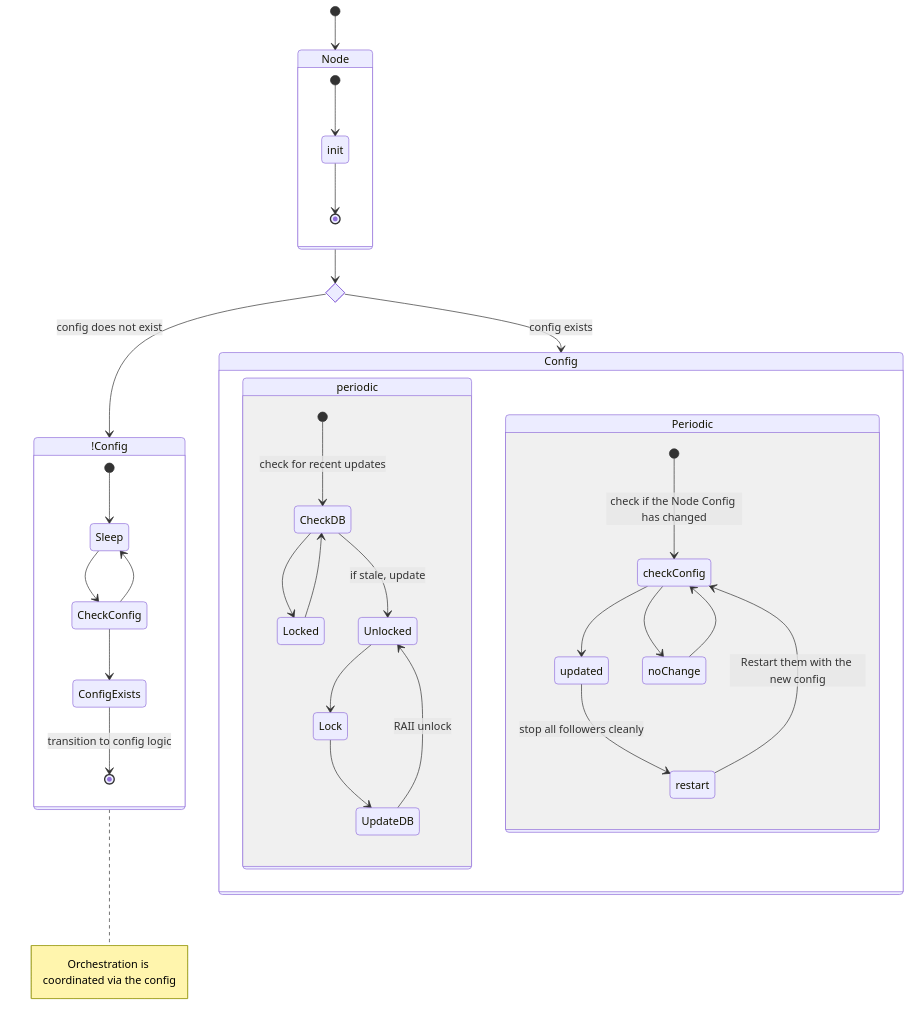
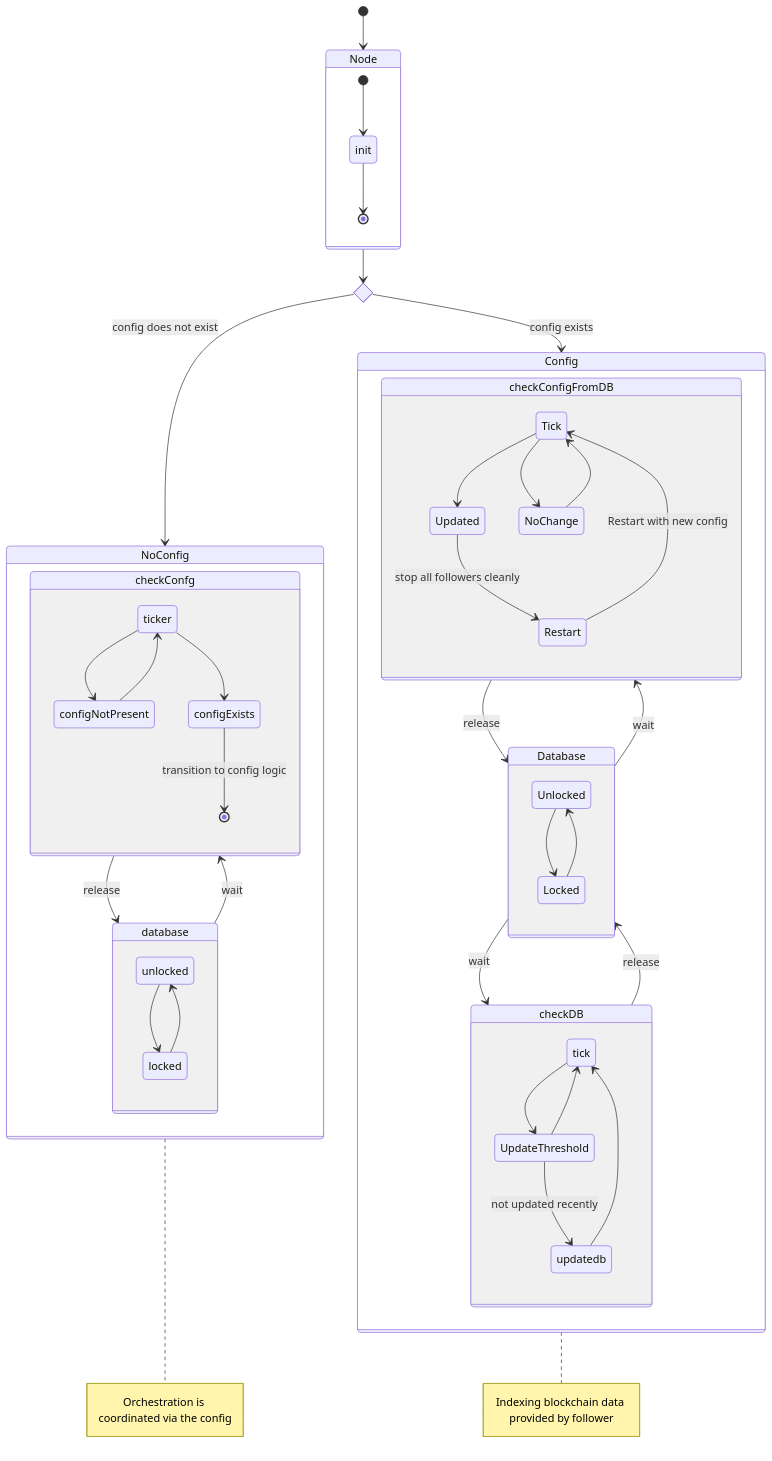
One commit to input-output-hk/catalyst-voices changed the diagram in docs/src/architecture/08_concepts/gateway/mechanics.md. Above: the diagram before and after it, drawn with Mermaid.

Commit message:
docs(skeleton for gateway follower): initial napkin sketches

````diff
--- a/docs/src/architecture/08_concepts/gateway/mechanics.md
+++ b/docs/src/architecture/08_concepts/gateway/mechanics.md
@@ -7,45 +7,64 @@
 ```mermaid
   stateDiagram-v2
     state if_state <<choice>>
     [*] --> Node
     Node -->if_state
-    if_state --> !Config: config does not exist
+    if_state --> NoConfig: config does not exist
     if_state --> Config : config exists
 
-    note right of !Config
+    note right of NoConfig
             Orchestration is coordinated via the config
+        end note
+    
+    note right of Config
+            Indexing blockchain data provided by follower
         end note
 
     state Node {
         [*] --> init
         init --> [*]
     }
     state Config {
-        State periodic{
-        [*] --> CheckDB: check for recent updates
-        CheckDB --> Locked
-        Locked --> CheckDB
-        CheckDB --> Unlocked: if stale, update
-        Unlocked --> Lock
-        Lock --> UpdateDB
-        UpdateDB --> Unlocked: RAII unlock
+        checkConfigFromDB-->Database: release
+        Database-->checkConfigFromDB: wait
+
+        checkDB-->Database: release
+        Database-->checkDB: wait
+
+        State checkConfigFromDB{
+            Tick --> Updated
+            Tick --> NoChange: 
+            Updated --> Restart: stop all followers cleanly
+            Restart --> Tick: Restart with new config
+            NoChange--> Tick
         }
+        State checkDB{
+            tick --> UpdateThreshold
+            UpdateThreshold --> tick
+            UpdateThreshold--> updatedb: not updated recently
+            updatedb --> tick
+        }
+        state Database{
+            Unlocked --> Locked
+            Locked--> Unlocked
+        }
+    }
+    state NoConfig {
+        checkConfg-->database: release
+        database--> checkConfg: wait   
 
-        State Periodic{
-        [*] --> checkConfig: check if the Node Config has changed
-        checkConfig --> updated
-        checkConfig --> noChange
-        noChange --> checkConfig
-        updated --> restart:  stop all followers cleanly
-        restart --> checkConfig: Restart them with the new config
-        
+        state checkConfg{
+            ticker--> configNotPresent
+            configNotPresent-->ticker
+            ticker-->configExists
+            configExists-->[*]: transition to config logic
         }  
+
+        state database{
+            unlocked --> locked
+            locked--> unlocked
+        }   
     }
-    state !Config {
-        [*] --> Sleep
-        Sleep --> CheckConfig
-        CheckConfig --> Sleep
-        CheckConfig --> ConfigExists
-        ConfigExists --> [*]: transition to config logic        
-    }
+  
+
 ```
````
